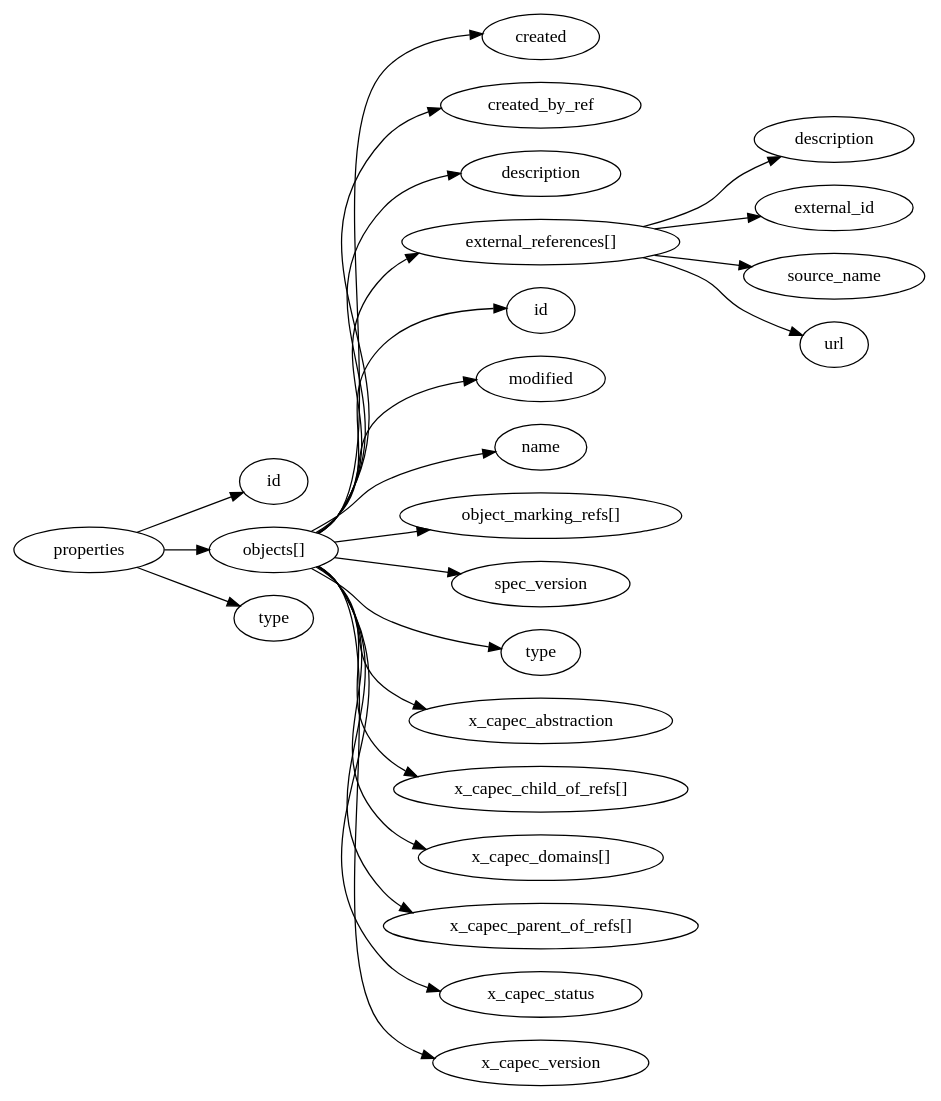
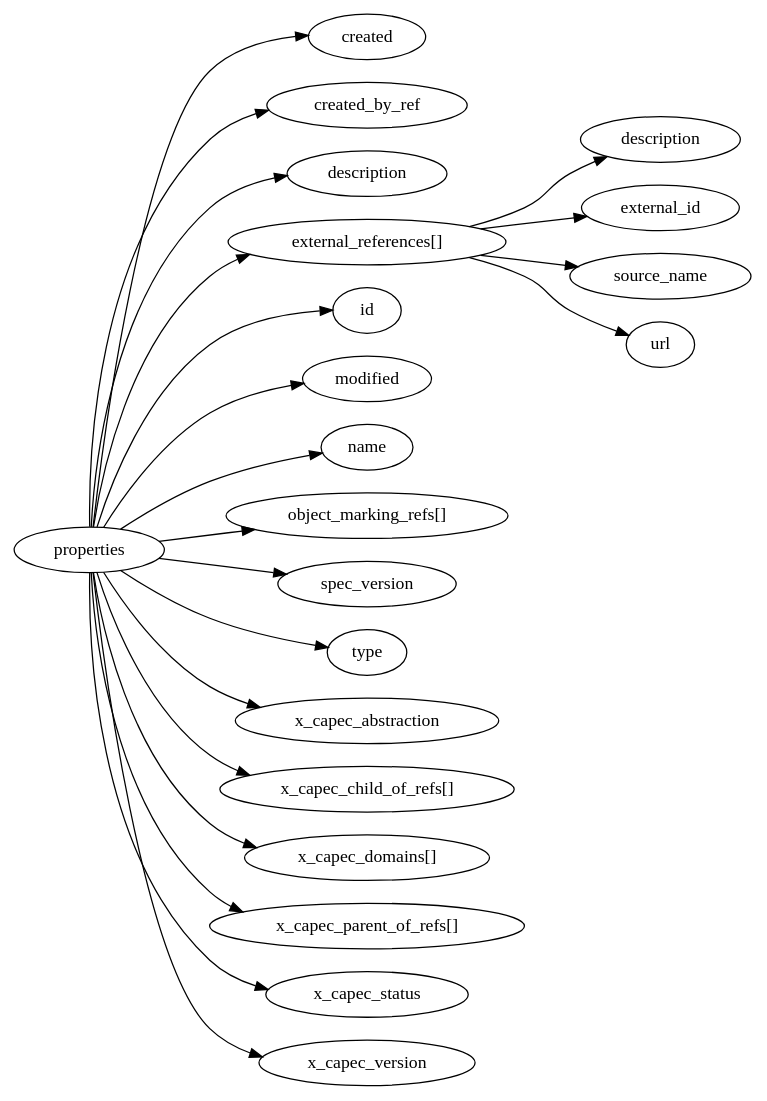
One commit to whitfieldsdad/json-kit changed the diagram in resources/example-data/json/stix2/mitre-capec/dot/attack-pattern.dot. Above: the diagram before and after it, drawn with Graphviz. The commit also changed 68 other files, not shown here.

```diff
--- a/resources/example-data/json/stix2/mitre-capec/dot/attack-pattern.dot
+++ b/resources/example-data/json/stix2/mitre-capec/dot/attack-pattern.dot
@@ -1,49 +1,43 @@
 digraph {
     graph [rankdir=LR]
+    "created" [label="created"]
+    "created_by_ref" [label="created_by_ref"]
+    "description" [label="description"]
+    "external_references" [label="external_references[]"]
+    "external_references.description" [label="description"]
+    "external_references.external_id" [label="external_id"]
+    "external_references.source_name" [label="source_name"]
+    "external_references.url" [label="url"]
     "id" [label="id"]
-    "objects" [label="objects[]"]
-    "objects.created" [label="created"]
-    "objects.created_by_ref" [label="created_by_ref"]
-    "objects.description" [label="description"]
-    "objects.external_references" [label="external_references[]"]
-    "objects.external_references.description" [label="description"]
-    "objects.external_references.external_id" [label="external_id"]
-    "objects.external_references.source_name" [label="source_name"]
-    "objects.external_references.url" [label="url"]
-    "objects.id" [label="id"]
-    "objects.modified" [label="modified"]
-    "objects.name" [label="name"]
-    "objects.object_marking_refs" [label="object_marking_refs[]"]
-    "objects.spec_version" [label="spec_version"]
-    "objects.type" [label="type"]
-    "objects.x_capec_abstraction" [label="x_capec_abstraction"]
-    "objects.x_capec_child_of_refs" [label="x_capec_child_of_refs[]"]
-    "objects.x_capec_domains" [label="x_capec_domains[]"]
-    "objects.x_capec_parent_of_refs" [label="x_capec_parent_of_refs[]"]
-    "objects.x_capec_status" [label="x_capec_status"]
-    "objects.x_capec_version" [label="x_capec_version"]
+    "modified" [label="modified"]
+    "name" [label="name"]
+    "object_marking_refs" [label="object_marking_refs[]"]
+    "spec_version" [label="spec_version"]
     "type" [label="type"]
+    "x_capec_abstraction" [label="x_capec_abstraction"]
+    "x_capec_child_of_refs" [label="x_capec_child_of_refs[]"]
+    "x_capec_domains" [label="x_capec_domains[]"]
+    "x_capec_parent_of_refs" [label="x_capec_parent_of_refs[]"]
+    "x_capec_status" [label="x_capec_status"]
+    "x_capec_version" [label="x_capec_version"]
+    "properties" -> "created"
+    "properties" -> "created_by_ref"
+    "properties" -> "description"
+    "properties" -> "external_references"
     "properties" -> "id"
-    "properties" -> "objects"
+    "properties" -> "modified"
+    "properties" -> "name"
+    "properties" -> "object_marking_refs"
+    "properties" -> "spec_version"
     "properties" -> "type"
-    "objects" -> "objects.created"
-    "objects" -> "objects.created_by_ref"
-    "objects" -> "objects.description"
-    "objects" -> "objects.external_references"
-    "objects" -> "objects.id"
-    "objects" -> "objects.modified"
-    "objects" -> "objects.name"
-    "objects" -> "objects.object_marking_refs"
-    "objects" -> "objects.spec_version"
-    "objects" -> "objects.type"
-    "objects" -> "objects.x_capec_abstraction"
-    "objects" -> "objects.x_capec_child_of_refs"
-    "objects" -> "objects.x_capec_domains"
-    "objects" -> "objects.x_capec_parent_of_refs"
-    "objects" -> "objects.x_capec_status"
-    "objects" -> "objects.x_capec_version"
-    "objects.external_references" -> "objects.external_references.external_id"
-    "objects.external_references" -> "objects.external_references.source_name"
-    "objects.external_references" -> "objects.external_references.url"
-    "objects.external_references" -> "objects.external_references.description"
+    "properties" -> "x_capec_abstraction"
+    "properties" -> "x_capec_child_of_refs"
+    "properties" -> "x_capec_domains"
+    "properties" -> "x_capec_parent_of_refs"
+    "properties" -> "x_capec_status"
+    "properties" -> "x_capec_version"
+    "external_references" -> "external_references.external_id"
+    "external_references" -> "external_references.source_name"
+    "external_references" -> "external_references.url"
+    "external_references" -> "external_references.description"
 }
```
